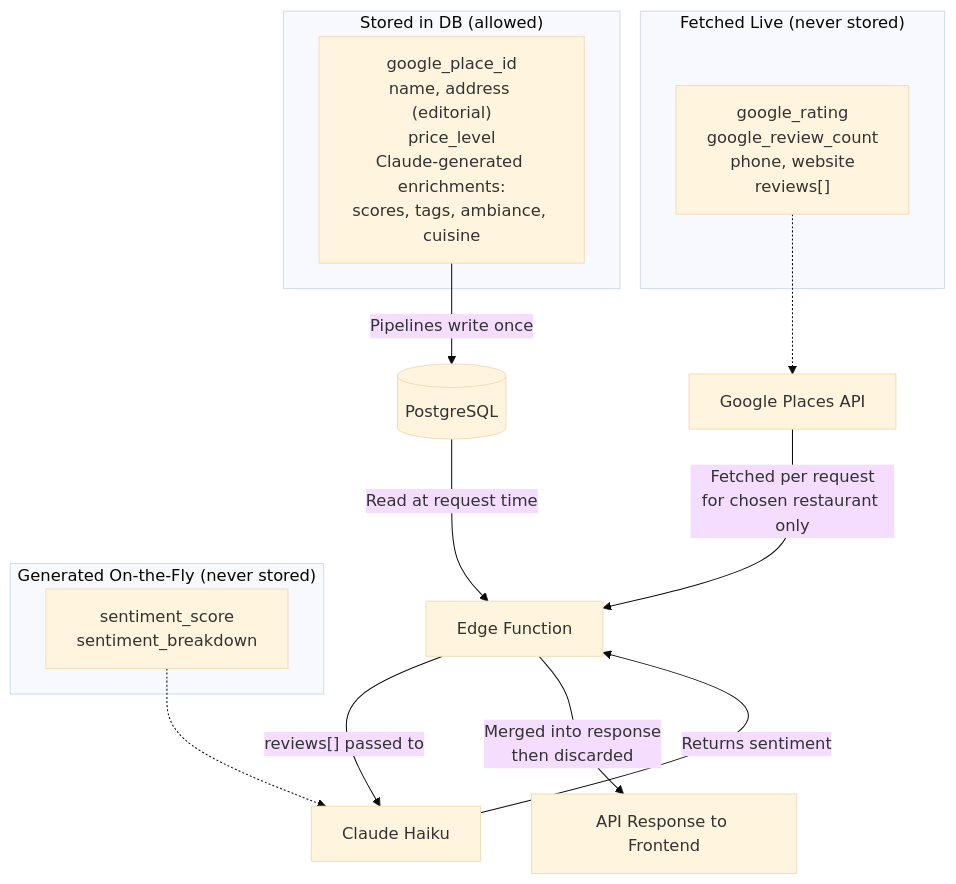
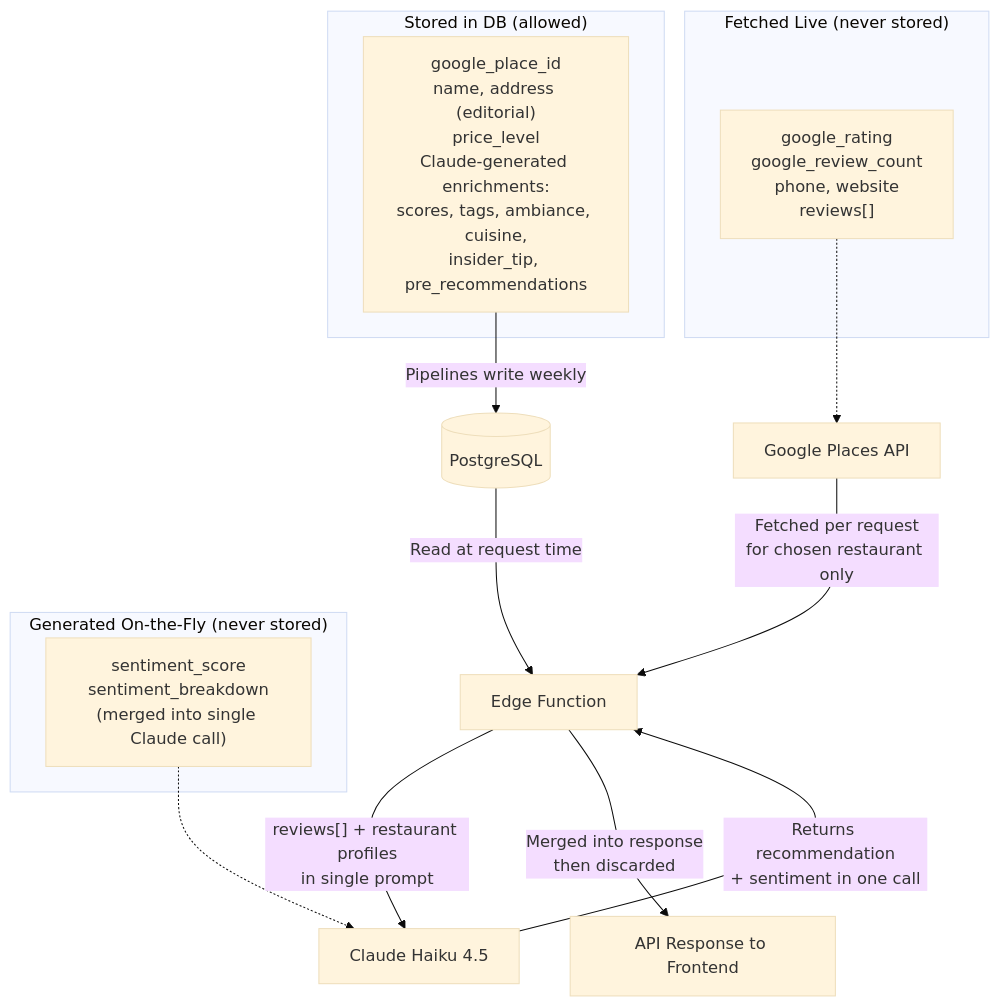
One commit to aacrit/dondeBackend changed the seventh of 10 diagrams in docs/system-architecture.md. Above: the diagram before and after it, drawn with Mermaid (base theme). The commit also changed other lines of this file, not shown here.

First line of the commit message:
Update system architecture to reflect current optimized design

````diff
--- a/docs/system-architecture.md
+++ b/docs/system-architecture.md
@@ -241,24 +306,24 @@
 ```mermaid
 flowchart TB
     subgraph "Stored in DB (allowed)"
-        STORED["google_place_id<br/>name, address (editorial)<br/>price_level<br/>Claude-generated enrichments:<br/>scores, tags, ambiance, cuisine"]
+        STORED["google_place_id<br/>name, address (editorial)<br/>price_level<br/>Claude-generated enrichments:<br/>scores, tags, ambiance, cuisine,<br/>insider_tip, pre_recommendations"]
     end
 
     subgraph "Fetched Live (never stored)"
         LIVE["google_rating<br/>google_review_count<br/>phone, website<br/>reviews[]"]
     end
 
     subgraph "Generated On-the-Fly (never stored)"
-        GENERATED["sentiment_score<br/>sentiment_breakdown"]
+        GENERATED["sentiment_score<br/>sentiment_breakdown<br/>(merged into single Claude call)"]
     end
 
-    STORED --> |"Pipelines write once"| DB[(PostgreSQL)]
+    STORED --> |"Pipelines write weekly"| DB[(PostgreSQL)]
     DB --> |"Read at request time"| EF[Edge Function]
     GOOGLE[Google Places API] --> |"Fetched per request<br/>for chosen restaurant only"| EF
-    EF --> |"reviews[] passed to"| CLAUDE[Claude Haiku]
-    CLAUDE --> |"Returns sentiment"| EF
+    EF --> |"reviews[] + restaurant profiles<br/>in single prompt"| CLAUDE[Claude Haiku 4.5]
+    CLAUDE --> |"Returns recommendation<br/>+ sentiment in one call"| EF
     EF --> |"Merged into response<br/>then discarded"| RESP[API Response to Frontend]
 
     LIVE -.-> GOOGLE
     GENERATED -.-> CLAUDE
 ```
````
